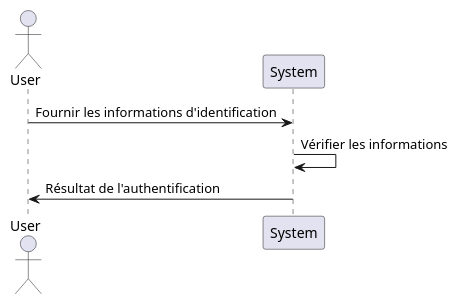
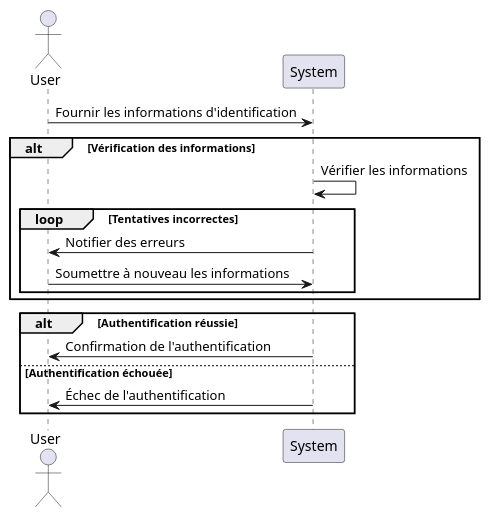
One commit to MehediT/BoutiqueLigneAudiovisuels changed the diagram in Sequence/AuthentificationSequence.puml. Above: the diagram before and after it, drawn with PlantUML. The commit also changed 3 other files, not shown here.

```diff
--- a/Sequence/AuthentificationSequence.puml
+++ b/Sequence/AuthentificationSequence.puml
@@ -1,10 +1,22 @@
 @startuml
 
 actor User
 participant "System" as System
 
 User -> System : Fournir les informations d'identification
-System -> System : Vérifier les informations
-System -> User : Résultat de l'authentification
+
+alt Vérification des informations
+    System -> System : Vérifier les informations
+    loop Tentatives incorrectes
+        System -> User : Notifier des erreurs
+        User -> System : Soumettre à nouveau les informations
+    end
+end
+
+alt Authentification réussie
+    System -> User : Confirmation de l'authentification
+else Authentification échouée
+    System -> User : Échec de l'authentification
+end
 
 @enduml
```
